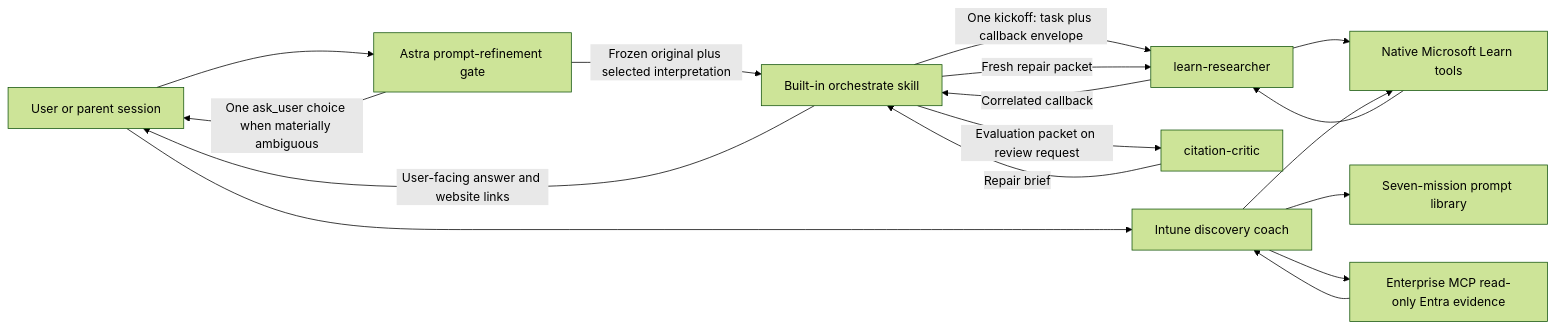
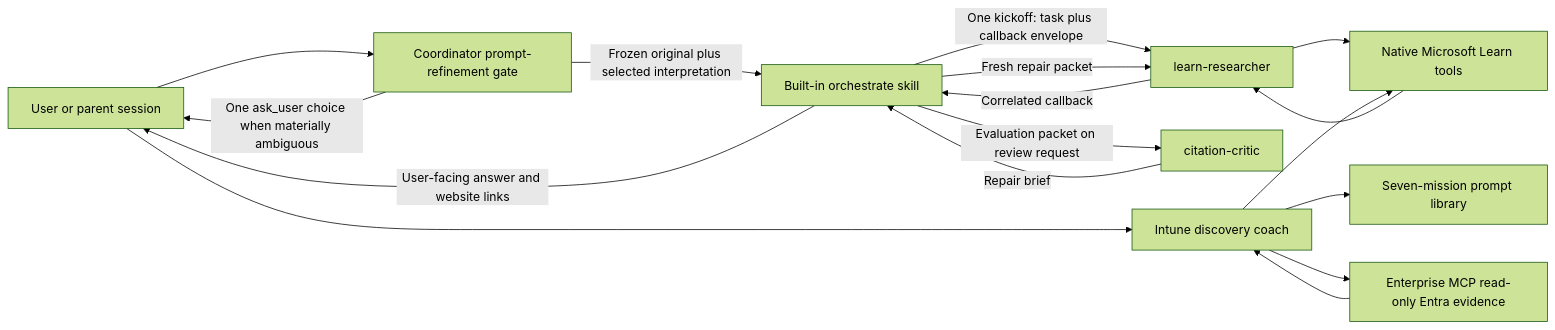
One commit to msucharda/azure-learn-copilot-app changed the diagram in docs/architecture.md. Above: the diagram before and after it, drawn with Mermaid (forest theme). The commit also changed other lines of this file and 5 other files, not shown here.

````diff
--- a/docs/architecture.md
+++ b/docs/architecture.md
@@ -7,19 +7,19 @@
 ```mermaid
 flowchart LR
-    U[User or parent session] --> P[Astra prompt-refinement gate]
+    U[User or parent session] --> P[Coordinator prompt-refinement gate]
     P -->|One ask_user choice when materially ambiguous| U
     P -->|Frozen original plus selected interpretation| O[Built-in orchestrate skill]
     O -->|One kickoff: task plus callback envelope| R[learn-researcher]
     R --> L[Native Microsoft Learn tools]
     L --> R
     R -->|Correlated callback| O
     O -->|Evaluation packet on review request| C[citation-critic]
     C -->|Repair brief| O
     O -->|Fresh repair packet| R
     O -->|User-facing answer and website links| U
     U --> I[Intune discovery coach]
     I --> M[Seven-mission prompt library]
     I --> L
     I --> E[Enterprise MCP read-only Entra evidence]
     E --> I
 ```
````
